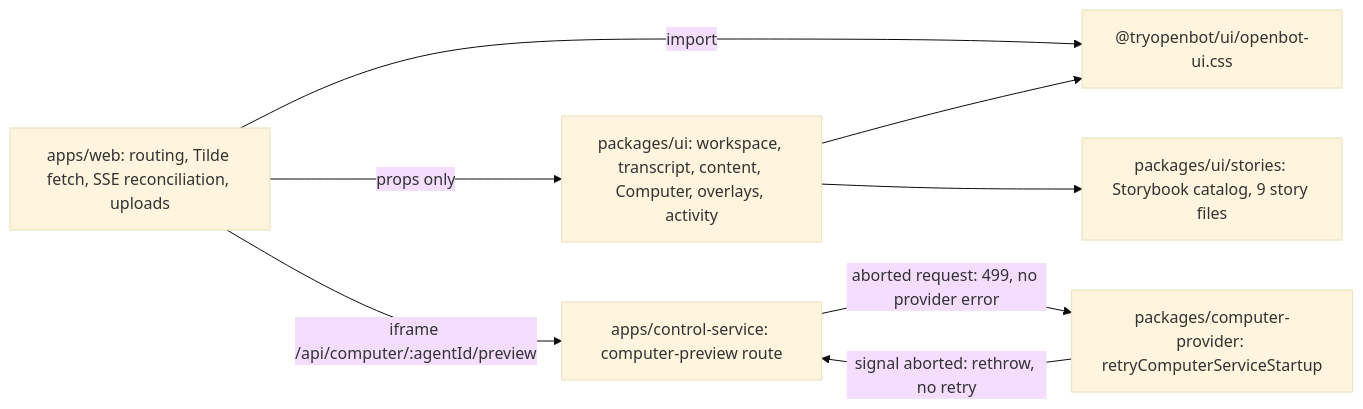
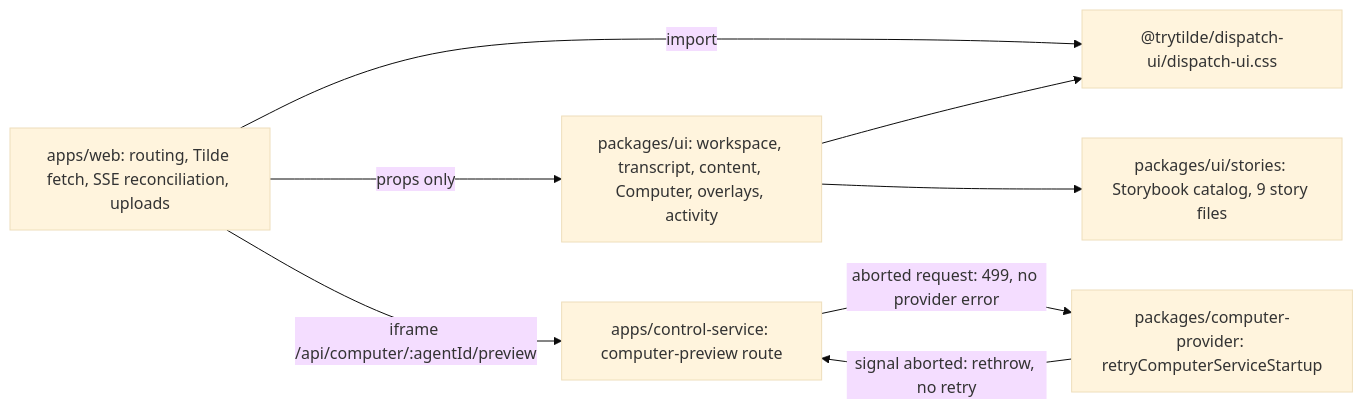
One commit to trytilde/dispatch changed the diagram in docs/updates/43.md. Above: the diagram before and after it, drawn with Mermaid (base theme). The commit also changed other lines of this file and 668 other files, not shown here.

````diff
--- a/docs/updates/43.md
+++ b/docs/updates/43.md
@@ -12,10 +12,10 @@
 ```mermaid
 flowchart LR
   W["apps/web: routing, Tilde fetch, SSE reconciliation, uploads"] -->|"props only"| U["packages/ui: workspace, transcript, content, Computer, overlays, activity"]
-  W -->|"import"| CSS["@tryopenbot/ui/openbot-ui.css"]
+  W -->|"import"| CSS["@trytilde/dispatch-ui/dispatch-ui.css"]
   U --> CSS
   U --> SB["packages/ui/stories: Storybook catalog, 9 story files"]
   W -->|"iframe /api/computer/:agentId/preview"| CS["apps/control-service: computer-preview route"]
   CS -->|"aborted request: 499, no provider error"| P["packages/computer-provider: retryComputerServiceStartup"]
   P -->|"signal aborted: rethrow, no retry"| CS
 ```
````
